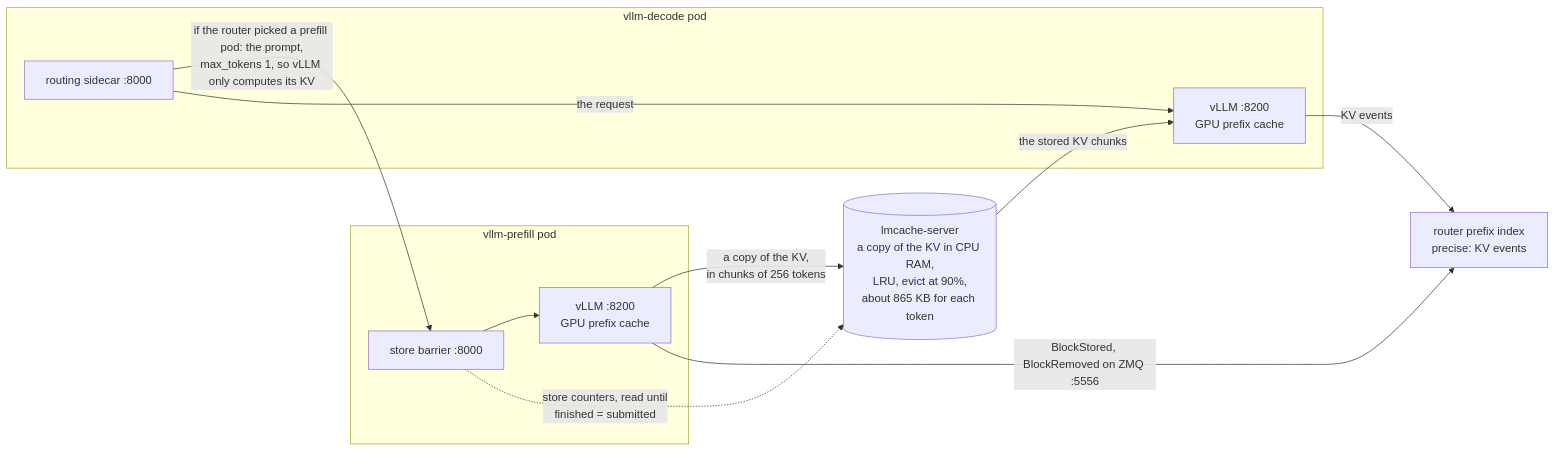
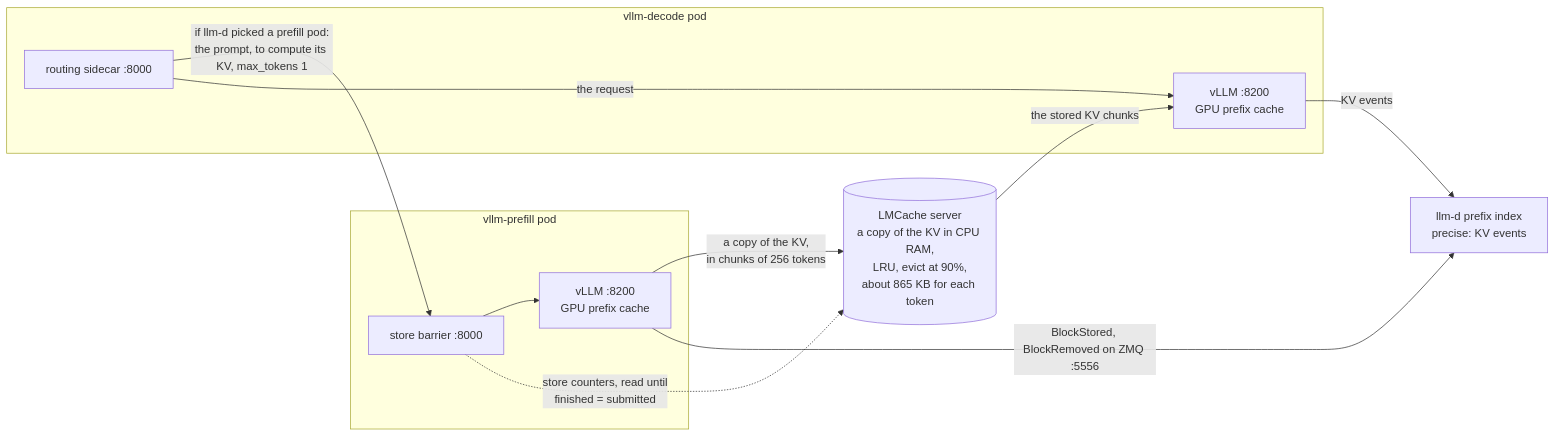
One commit to chetananand/learning-companion-serving changed the fifth of 13 diagrams in docs/spec/09-architecture.md. Above: the diagram before and after it, drawn with Mermaid. The commit also changed other lines of this file and 4 other files, not shown here.

First line of the commit message:
Docs: one architecture, with the names of the slide diagram everywhere

````diff
--- a/docs/spec/09-architecture.md
+++ b/docs/spec/09-architecture.md
@@ -130,20 +137,20 @@
 ```mermaid
 flowchart LR
   subgraph prefillPod[vllm-prefill pod]
     bar[store barrier :8000]
     vp[vLLM :8200<br/>GPU prefix cache]
   end
   subgraph decodePod[vllm-decode pod]
     sc[routing sidecar :8000]
     vd[vLLM :8200<br/>GPU prefix cache]
   end
-  lmc[(lmcache-server<br/>a copy of the KV in CPU RAM,<br/>LRU, evict at 90%,<br/>about 865 KB for each token)]
-  idx[router prefix index<br/>precise: KV events]
-  sc -->|if the router picked a prefill pod: the prompt,<br/>max_tokens 1, so vLLM only computes its KV| bar --> vp
+  lmc[(LMCache server<br/>a copy of the KV in CPU RAM,<br/>LRU, evict at 90%,<br/>about 865 KB for each token)]
+  idx[llm-d prefix index<br/>precise: KV events]
+  sc -->|if llm-d picked a prefill pod:<br/>the prompt, to compute its KV, max_tokens 1| bar --> vp
   sc -->|the request| vd
   vp -->|a copy of the KV,<br/>in chunks of 256 tokens| lmc
   bar -.->|store counters, read until<br/>finished = submitted| lmc
   lmc -->|the stored KV chunks| vd
   vp -->|BlockStored, BlockRemoved on ZMQ :5556| idx
   vd -->|KV events| idx
 ```
````
